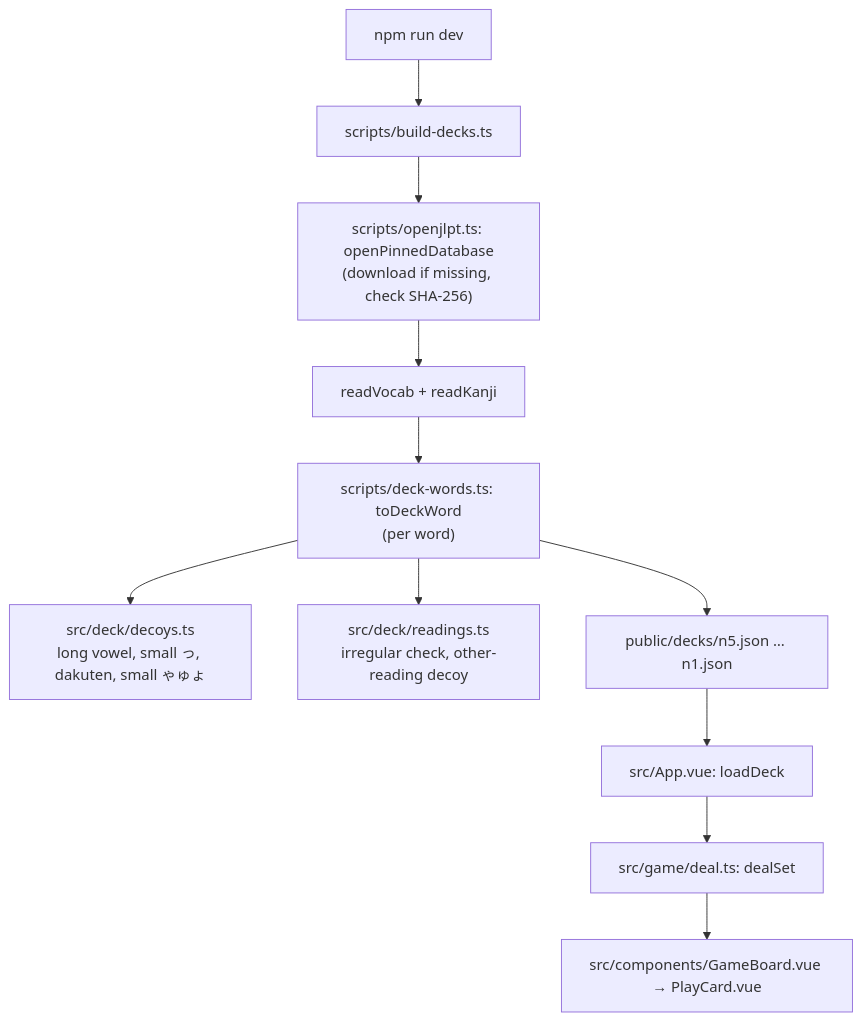
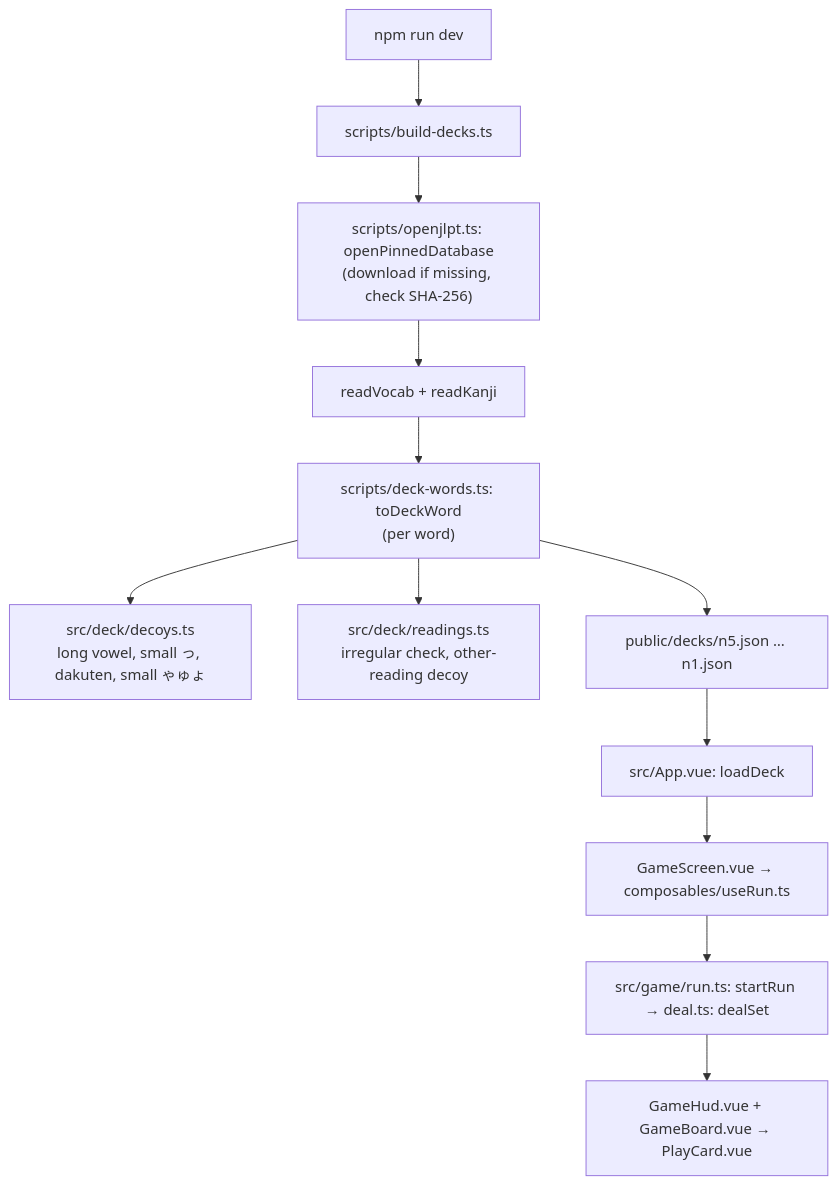
One commit to NabilRobert/juku-arcade changed the first of 2 diagrams in docs/guide.md. Above: the diagram before and after it, drawn with Mermaid. The commit also changed other lines of this file and 1 other file, not shown here.

````diff
--- a/docs/guide.md
+++ b/docs/guide.md
@@ -9,13 +9,14 @@
 ```mermaid
 flowchart TD
     A["npm run dev"] --> B["scripts/build-decks.ts"]
     B --> C["scripts/openjlpt.ts: openPinnedDatabase<br/>(download if missing, check SHA-256)"]
     C --> D["readVocab + readKanji"]
     D --> E["scripts/deck-words.ts: toDeckWord<br/>(per word)"]
     E --> F["src/deck/decoys.ts<br/>long vowel, small っ, dakuten, small ゃゅょ"]
     E --> G["src/deck/readings.ts<br/>irregular check, other-reading decoy"]
     E --> H["public/decks/n5.json … n1.json"]
     H --> I["src/App.vue: loadDeck"]
-    I --> J["src/game/deal.ts: dealSet"]
-    J --> K["src/components/GameBoard.vue → PlayCard.vue"]
+    I --> J["GameScreen.vue → composables/useRun.ts"]
+    J --> K["src/game/run.ts: startRun → deal.ts: dealSet"]
+    K --> L["GameHud.vue + GameBoard.vue → PlayCard.vue"]
 ```
````
